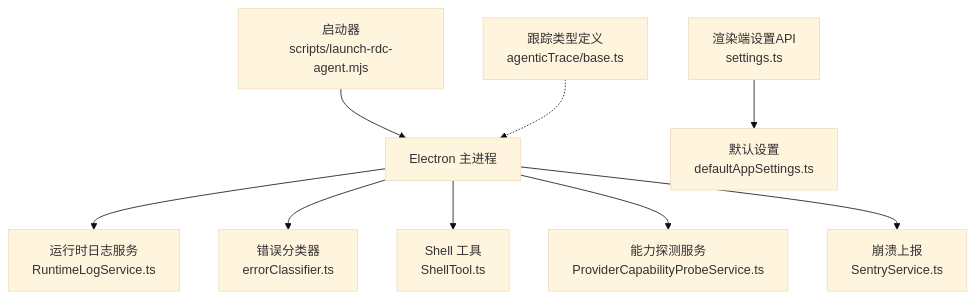
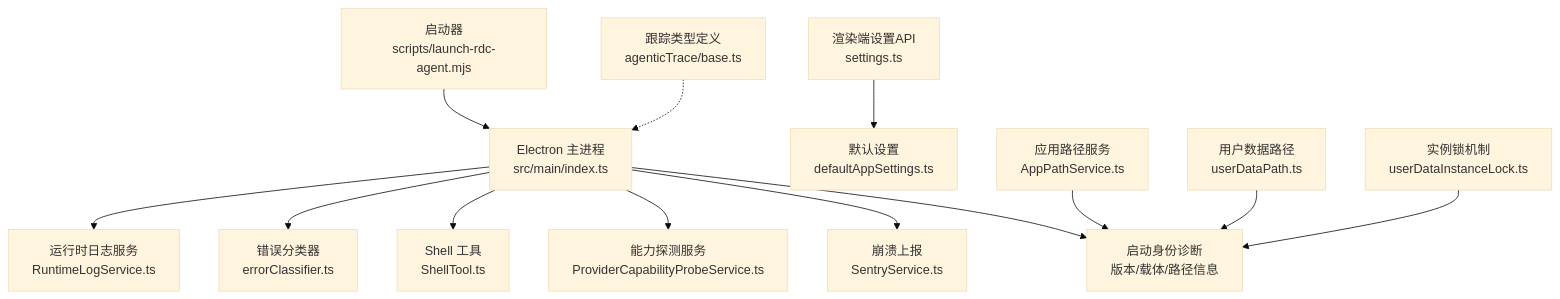
Before and after one commit to haolange/RDC-Agent: the first of 9 diagrams in .qoder/repowiki/zh/content/故障排除.md, drawn with Mermaid (base theme). The commit also changed other lines of this file and 80 other files, not shown here.

````diff
--- a/.qoder/repowiki/zh/content/故障排除.md
+++ b/.qoder/repowiki/zh/content/故障排除.md
@@ -43,11 +60,15 @@
 ```mermaid
 graph TB
-A["启动器<br/>scripts/launch-rdc-agent.mjs"] --> B["Electron 主进程"]
+A["启动器<br/>scripts/launch-rdc-agent.mjs"] --> B["Electron 主进程<br/>src/main/index.ts"]
 B --> C["运行时日志服务<br/>RuntimeLogService.ts"]
 B --> D["错误分类器<br/>errorClassifier.ts"]
 B --> E["Shell 工具<br/>ShellTool.ts"]
 B --> F["能力探测服务<br/>ProviderCapabilityProbeService.ts"]
 B --> G["崩溃上报<br/>SentryService.ts"]
-H["渲染端设置API<br/>settings.ts"] --> I["默认设置<br/>defaultAppSettings.ts"]
-J["跟踪类型定义<br/>agenticTrace/base.ts"] -.-> B
+B --> H["启动身份诊断<br/>版本/载体/路径信息"]
+I["渲染端设置API<br/>settings.ts"] --> J["默认设置<br/>defaultAppSettings.ts"]
+K["跟踪类型定义<br/>agenticTrace/base.ts"] -.-> B
+L["应用路径服务<br/>AppPathService.ts"] --> H
+M["用户数据路径<br/>userDataPath.ts"] --> H
+N["实例锁机制<br/>userDataInstanceLock.ts"] --> H
 ```
````
